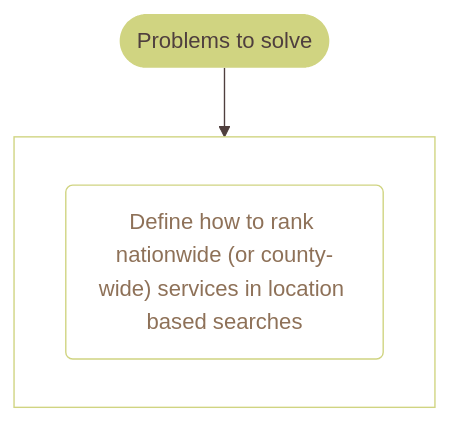
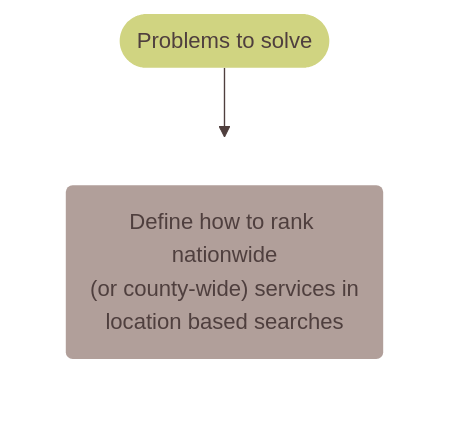
The fifth of 5 diagrams in README.md (wearefuturegov/Outpost-Platform), drawn with Mermaid before and after one commit. The commit also changed other lines of this file, not shown here.

````diff
--- a/README.md
+++ b/README.md
@@ -424,45 +424,45 @@
 ```mermaid
 %%{
 init:
 	{
 	"theme": "base",
 	"themeVariables":
 		{
 	      "primaryColor": "#b19f9a",
 	      "primaryTextColor": "#4f3f3e",
 	      "primaryBorderColor": "none",
 	      "lineColor": "#4f3f3e",
 	      "secondaryColor": "transparent",
 	      "tertiaryColor": "transparent"
 		},
 	"flowchart": {
 	  "curve": "linear"
         }
 	}
 }%%
 flowchart
 
 
     classDef ProblemsToSolve fill:#d0d481,stroke:none
-    classDef ProblemsToSolveTasks fill:#fff,stroke:#d0d481,color:#8e7158
+    classDef ProblemsToSolveTaskStyle fill:#fff,stroke:#d0d481,color:#8e7158
 
     %% Top level
 
     %% 5 Problems to solve
     ProblemsToSolve([Problems to solve]):::ProblemsToSolve
 
         %% 5 Problems to solve - tasks
 
     subgraph ProblemsToSolveTasks[ ]
-     ProblemsToSolveTask0("Define how to rank nationwide (or county-wide) services in location based searches"):::ProblemsToSolveTasks
+     ProblemsToSolveTask0("Define how to rank nationwide<br />(or county-wide) services in<br />location based searches<br />"):::ProblemsToSolveTaskStyle0
      click ProblemsToSolveTask0 href "https://github.com/wearefuturegov/Outpost-Platform/issues/27"
     end
 
 
 
 
 
     %% Problems to solve
-    ProblemsToSolve  --> ProblemsToSolveTasks:::ProblemsToSolveTasks
+    ProblemsToSolve  --> ProblemsToSolveTasks
 
 ```
````
